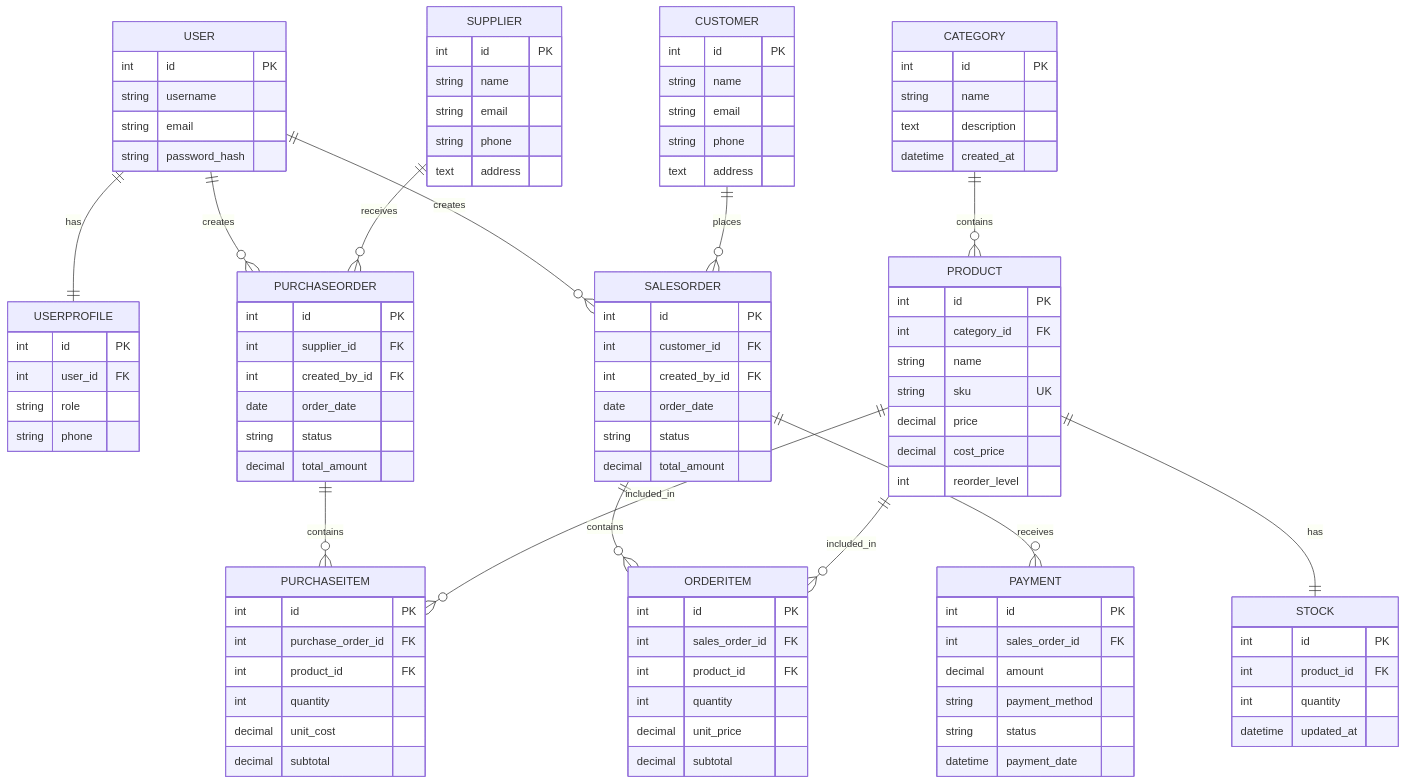
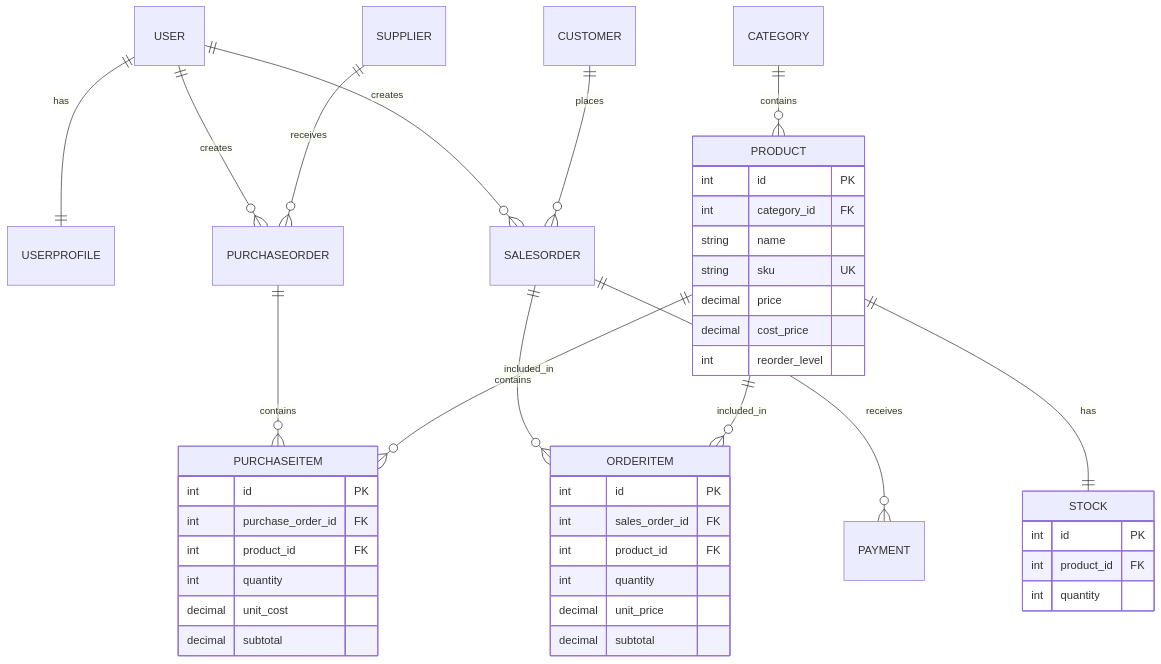
The second of 3 diagrams in docs/research_and_proposal.md (zkestroyer/casestudy), drawn with Mermaid before and after one commit. The commit also changed other lines of this file and 1 other file, not shown here.

Commit message:
Update R&D proposal to include all 24 explicit sections and render diagrams

````diff
--- a/docs/research_and_proposal.md
+++ b/docs/research_and_proposal.md
@@ -440,36 +149,18 @@
 ```mermaid
 erDiagram
     USER ||--|| USERPROFILE : has
-    USER ||--o{ PURCHASEORDER : creates
-    USER ||--o{ SALESORDER : creates
-    CATEGORY ||--o{ PRODUCT : contains
-    PRODUCT ||--|| STOCK : has
-    SUPPLIER ||--o{ PURCHASEORDER : receives
-    CUSTOMER ||--o{ SALESORDER : places
-    PURCHASEORDER ||--o{ PURCHASEITEM : contains
-    PRODUCT ||--o{ PURCHASEITEM : included_in
-    SALESORDER ||--o{ ORDERITEM : contains
-    PRODUCT ||--o{ ORDERITEM : included_in
-    SALESORDER ||--o{ PAYMENT : receives
+    USER ||--o{ PURCHASEORDER : "creates"
+    USER ||--o{ SALESORDER : "creates"
+    CATEGORY ||--o{ PRODUCT : "contains"
+    PRODUCT ||--|| STOCK : "has"
+    SUPPLIER ||--o{ PURCHASEORDER : "receives"
+    CUSTOMER ||--o{ SALESORDER : "places"
+    PURCHASEORDER ||--o{ PURCHASEITEM : "contains"
+    PRODUCT ||--o{ PURCHASEITEM : "included_in"
+    SALESORDER ||--o{ ORDERITEM : "contains"
+    PRODUCT ||--o{ ORDERITEM : "included_in"
+    SALESORDER ||--o{ PAYMENT : "receives"
 
-    USER {
-        int id PK
-        string username
-        string email
-        string password_hash
-    }
-    USERPROFILE {
-        int id PK
-        int user_id FK
-        string role
-        string phone
-    }
-    CATEGORY {
-        int id PK
-        string name
-        text description
-        datetime created_at
-    }
     PRODUCT {
         int id PK
         int category_id FK
@@ -483,29 +174,6 @@
         int id PK
         int product_id FK
         int quantity
-        datetime updated_at
-    }
-    SUPPLIER {
-        int id PK
-        string name
-        string email
-        string phone
-        text address
-    }
-    CUSTOMER {
-        int id PK
-        string name
-        string email
-        string phone
-        text address
-    }
-    PURCHASEORDER {
-        int id PK
-        int supplier_id FK
-        int created_by_id FK
-        date order_date
-        string status
-        decimal total_amount
     }
     PURCHASEITEM {
         int id PK
@@ -515,14 +183,6 @@
         decimal unit_cost
         decimal subtotal
     }
-    SALESORDER {
-        int id PK
-        int customer_id FK
-        int created_by_id FK
-        date order_date
-        string status
-        decimal total_amount
-    }
     ORDERITEM {
         int id PK
         int sales_order_id FK
@@ -531,12 +191,4 @@
         decimal unit_price
         decimal subtotal
     }
-    PAYMENT {
-        int id PK
-        int sales_order_id FK
-        decimal amount
-        string payment_method
-        string status
-        datetime payment_date
-    }
 ```
````
